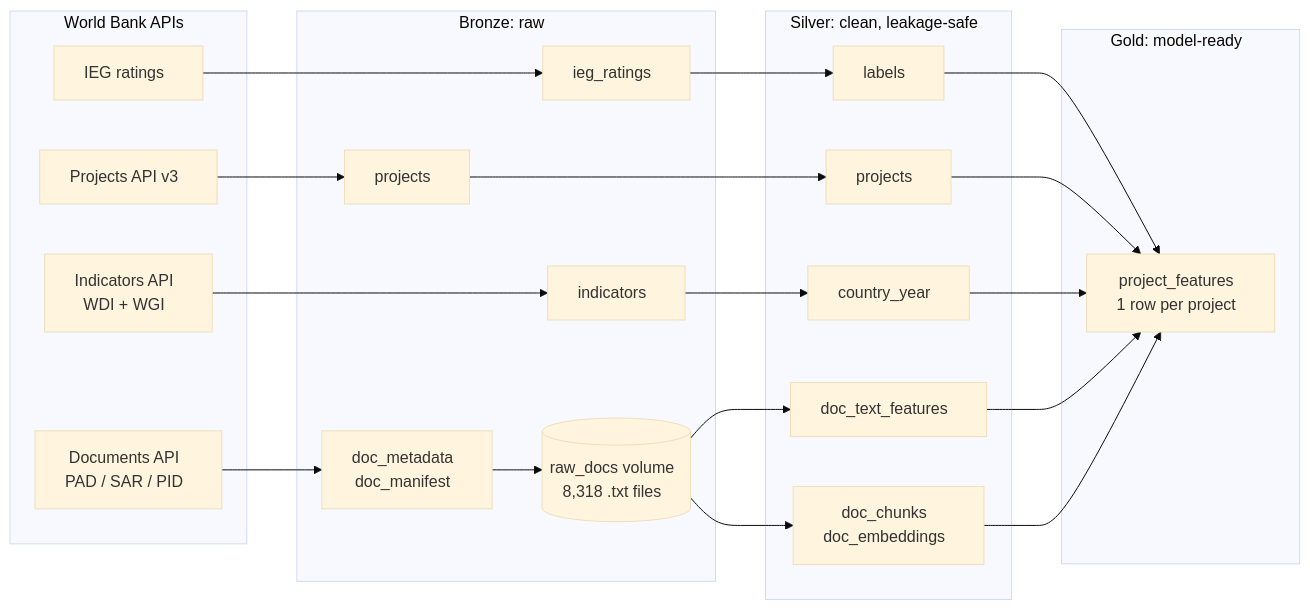
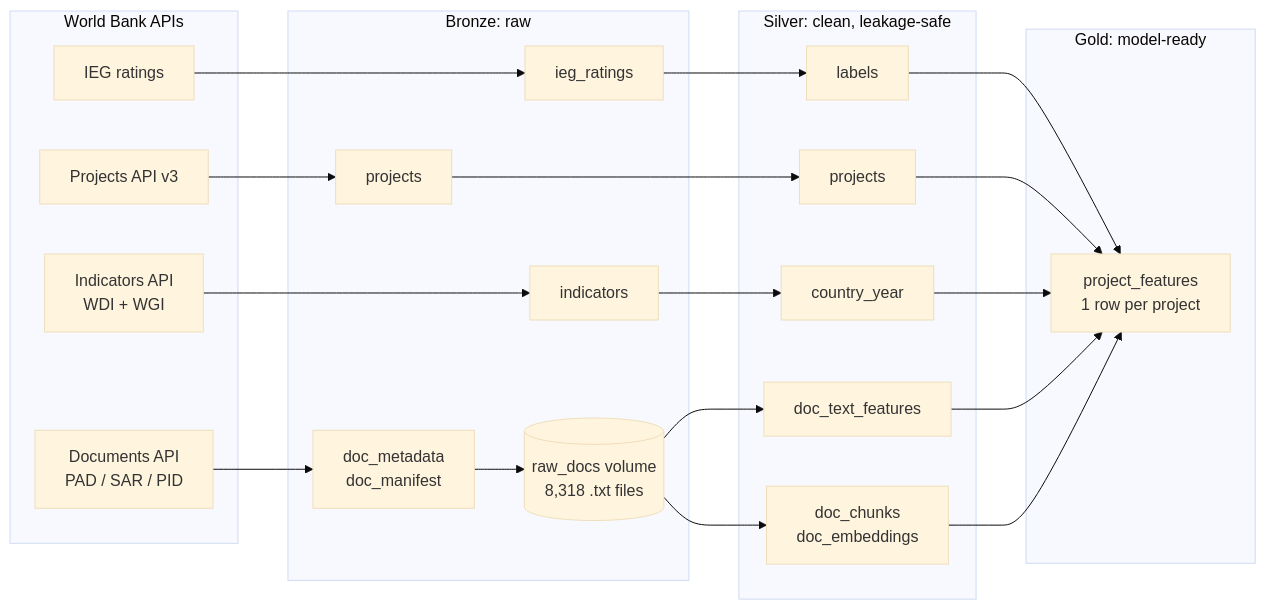
The first of 3 diagrams in README.md (ShabadVaswani/worldbank-outcome-databricks), drawn with Mermaid (base theme) before and after one commit. The commit also changed other lines of this file, not shown here.

Commit message:
README: use SVG text labels in Mermaid diagrams to avoid clipping

````diff
--- a/README.md
+++ b/README.md
@@ -110,32 +110,33 @@
 ```mermaid
+%%{init: {"flowchart": {"htmlLabels": false}}}%%
 flowchart LR
-  subgraph SRC["World Bank APIs#nbsp;#nbsp;"]
-    A1["IEG ratings#nbsp;#nbsp;"]
-    A2["Projects API v3#nbsp;#nbsp;"]
-    A3["Indicators API#nbsp;#nbsp;<br/>WDI + WGI#nbsp;#nbsp;"]
-    A4["Documents API#nbsp;#nbsp;<br/>PAD / SAR / PID#nbsp;#nbsp;"]
+  subgraph SRC["World Bank APIs"]
+    A1["IEG ratings"]
+    A2["Projects API v3"]
+    A3["Indicators API<br/>WDI + WGI"]
+    A4["Documents API<br/>PAD / SAR / PID"]
   end
-  subgraph BR["Bronze: raw#nbsp;#nbsp;"]
-    B1["ieg_ratings#nbsp;#nbsp;"]
-    B2["projects#nbsp;#nbsp;"]
-    B3["indicators#nbsp;#nbsp;"]
-    B4["doc_metadata#nbsp;#nbsp;<br/>doc_manifest#nbsp;#nbsp;"]
-    B5[("raw_docs volume#nbsp;#nbsp;<br/>8,318 .txt files#nbsp;#nbsp;")]
+  subgraph BR["Bronze: raw"]
+    B1["ieg_ratings"]
+    B2["projects"]
+    B3["indicators"]
+    B4["doc_metadata<br/>doc_manifest"]
+    B5[("raw_docs volume<br/>8,318 .txt files")]
   end
-  subgraph SI["Silver: clean, leakage-safe#nbsp;#nbsp;"]
-    S1["labels#nbsp;#nbsp;"]
-    S2["projects#nbsp;#nbsp;"]
-    S3["country_year#nbsp;#nbsp;"]
-    S4["doc_text_features#nbsp;#nbsp;"]
-    S5["doc_chunks#nbsp;#nbsp;<br/>doc_embeddings#nbsp;#nbsp;"]
+  subgraph SI["Silver: clean, leakage-safe"]
+    S1["labels"]
+    S2["projects"]
+    S3["country_year"]
+    S4["doc_text_features"]
+    S5["doc_chunks<br/>doc_embeddings"]
   end
-  subgraph GO["Gold: model-ready#nbsp;#nbsp;"]
-    G1["project_features#nbsp;#nbsp;<br/>1 row per project#nbsp;#nbsp;"]
+  subgraph GO["Gold: model-ready"]
+    G1["project_features<br/>1 row per project"]
   end
   A1 --> B1 --> S1 --> G1
   A2 --> B2 --> S2 --> G1
   A3 --> B3 --> S3 --> G1
   A4 --> B4 --> B5
   B5 --> S4 --> G1
   B5 --> S5 --> G1
 ```
````
